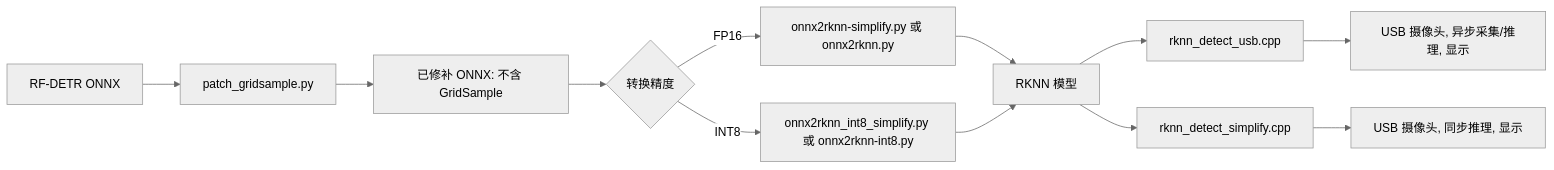
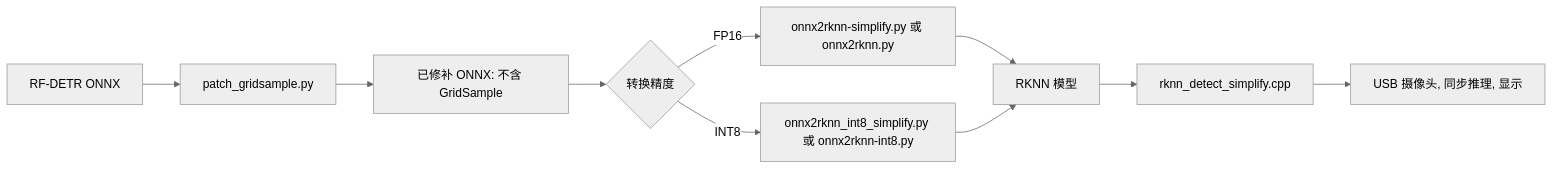
The diagram in README.md (Glin-z/Deploy-RFDETR-to-RK3588), drawn with Mermaid (neutral theme) before and after one commit.

````diff
--- a/README.md
+++ b/README.md
@@ -19,14 +19,12 @@
 ```mermaid
 flowchart LR
     A[RF-DETR ONNX] --> B[patch_gridsample.py]
     B --> C[已修补 ONNX: 不含 GridSample]
     C --> D{转换精度}
     D -->|FP16| E[onnx2rknn-simplify.py 或 onnx2rknn.py]
     D -->|INT8| F[onnx2rknn_int8_simplify.py 或 onnx2rknn-int8.py]
     E --> G[RKNN 模型]
     F --> G
-    G --> H[rknn_detect_usb.cpp]
-    G --> I[rknn_detect_simplify.cpp]
-    H --> J[USB 摄像头, 异步采集/推理, 显示]
-    I --> K[USB 摄像头, 同步推理, 显示]
+    G --> H[rknn_detect_simplify.cpp]
+    H --> I[USB 摄像头, 同步推理, 显示]
 ```
````
